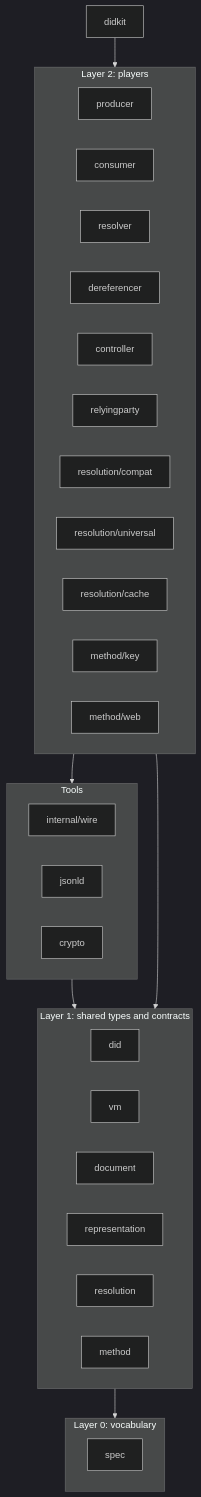
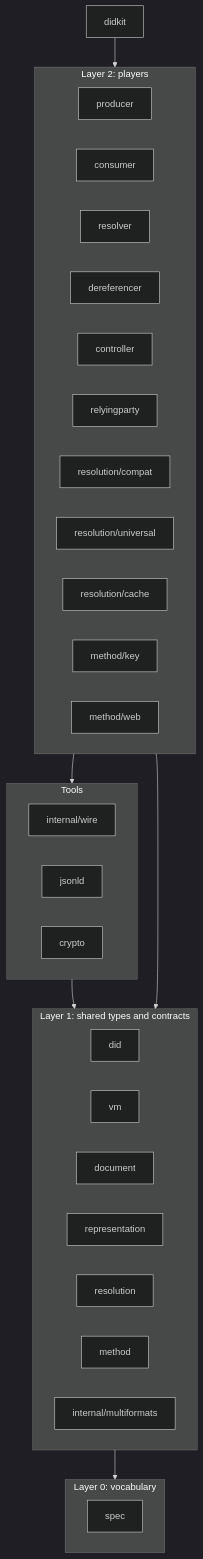
One commit to SAGE-X-project/did-go changed the diagram in docs/14-implementation-architecture.md. Above: the diagram before and after it, drawn with Mermaid (dark theme). The commit also changed other lines of this file and 16 other files, not shown here.

````diff
--- a/docs/14-implementation-architecture.md
+++ b/docs/14-implementation-architecture.md
@@ -31,38 +31,39 @@
 ```mermaid
 flowchart TB
     subgraph L0["Layer 0: vocabulary"]
         SPEC[spec]
     end
     subgraph L1["Layer 1: shared types and contracts"]
         DID[did]
         VM[vm]
         DOC[document]
         REPR[representation]
         RES[resolution]
         METH[method]
+        MF[internal/multiformats]
     end
     subgraph LT["Tools"]
         WIRE[internal/wire]
         LD[jsonld]
         CRY[crypto]
     end
     subgraph L2["Layer 2: players"]
         PROD[producer]
         CONS[consumer]
         RSV[resolver]
         DRF[dereferencer]
         CTL[controller]
         RP[relyingparty]
         COMPAT[resolution/compat]
         UNIV[resolution/universal]
         CACHE[resolution/cache]
         KEY[method/key]
         WEB[method/web]
     end
     KIT[didkit]
     L1 --> L0
     LT --> L1
     L2 --> LT
     L2 --> L1
     KIT --> L2
 ```
````
